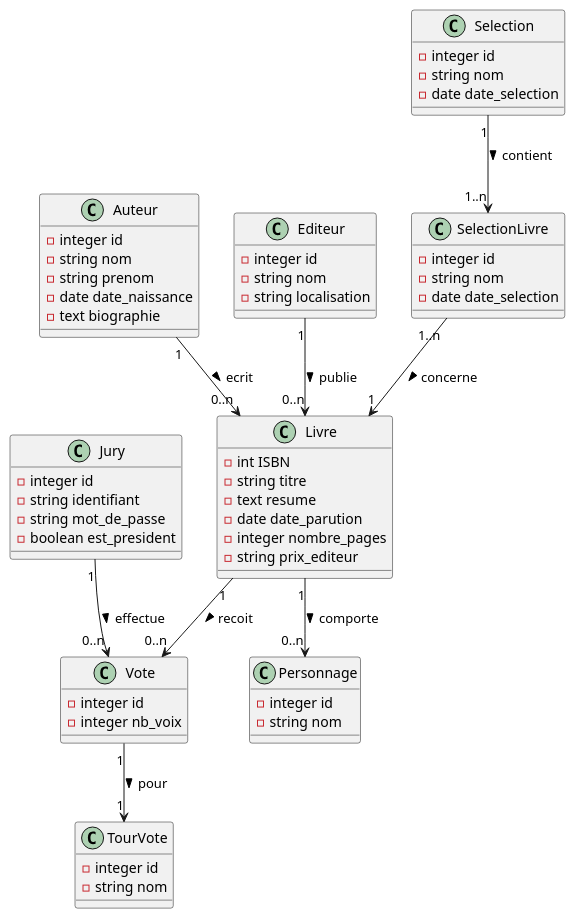
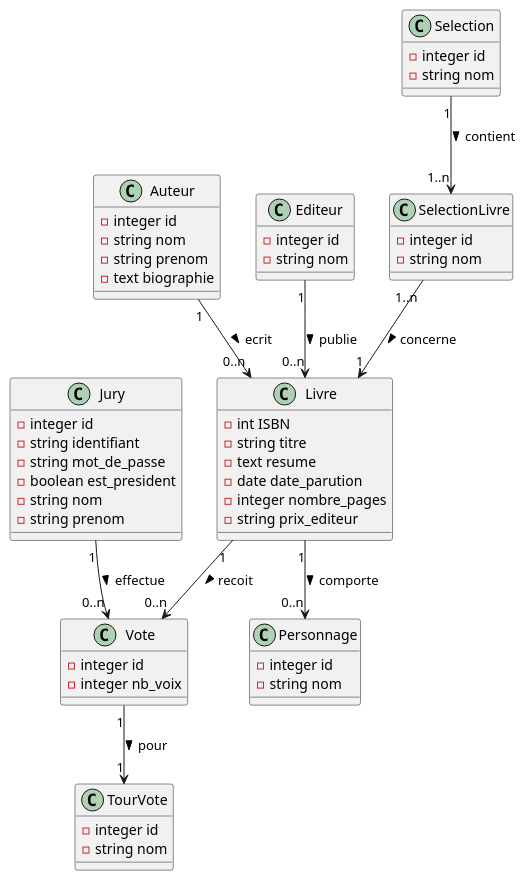
The diagram in doc/uml/2-class/goncourt-class.puml (DucasseRafael91/Goncourt), drawn with PlantUML before and after one commit. The commit also changed 2 other files, not shown here.

Commit message:
Correction des diagrammes

```diff
--- a/doc/uml/2-class/goncourt-class.puml
+++ b/doc/uml/2-class/goncourt-class.puml
@@ -1,81 +1,77 @@
 @startuml Goncourt
 
 class Livre
 {
     -int ISBN
     -string titre
     -text resume
     -date date_parution
     -integer nombre_pages
     -string prix_editeur
 }
 
 class Auteur
 {
     -integer id
     -string nom
     -string prenom
-    -date date_naissance
     -text biographie
 }
 
 class Editeur
 {
     -integer id
     -string nom
-    -string localisation
 }
 
 class Personnage
 {
     -integer id
     -string nom
 }
 
 class Jury
 {
     -integer id
     -string identifiant
     -string mot_de_passe
     -boolean est_president
+    -string nom
+    -string prenom
 }
 
 class TourVote
 {
     -integer id
     -string nom
 }
 
 class Vote
 {
     -integer id
     -integer nb_voix
 }
 
 class Selection
 {
     -integer id
     -string nom
-    -date date_selection
 }
 
 class SelectionLivre
 {
     -integer id
     -string nom
-    -date date_selection
 }
-
-' Relations
 
 Auteur "1" --> "0..n" Livre : ecrit >
 Editeur "1" --> "0..n" Livre : publie >
 Livre "1" --> "0..n" Personnage : comporte >
 Livre "1" --> "0..n" Vote : recoit >
 
 Jury "1" --> "0..n" Vote : effectue >
 Vote "1" --> "1" TourVote : pour >
 Selection "1" --> "1..n" SelectionLivre : contient >
 SelectionLivre "1..n" --> "1" Livre : concerne >
 
 @enduml
```
